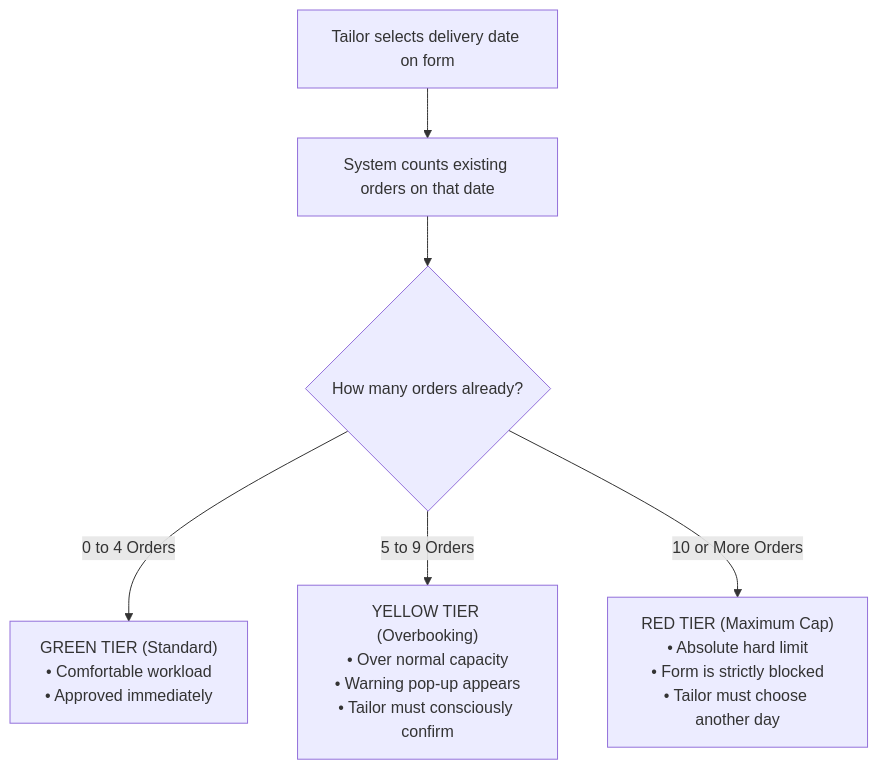
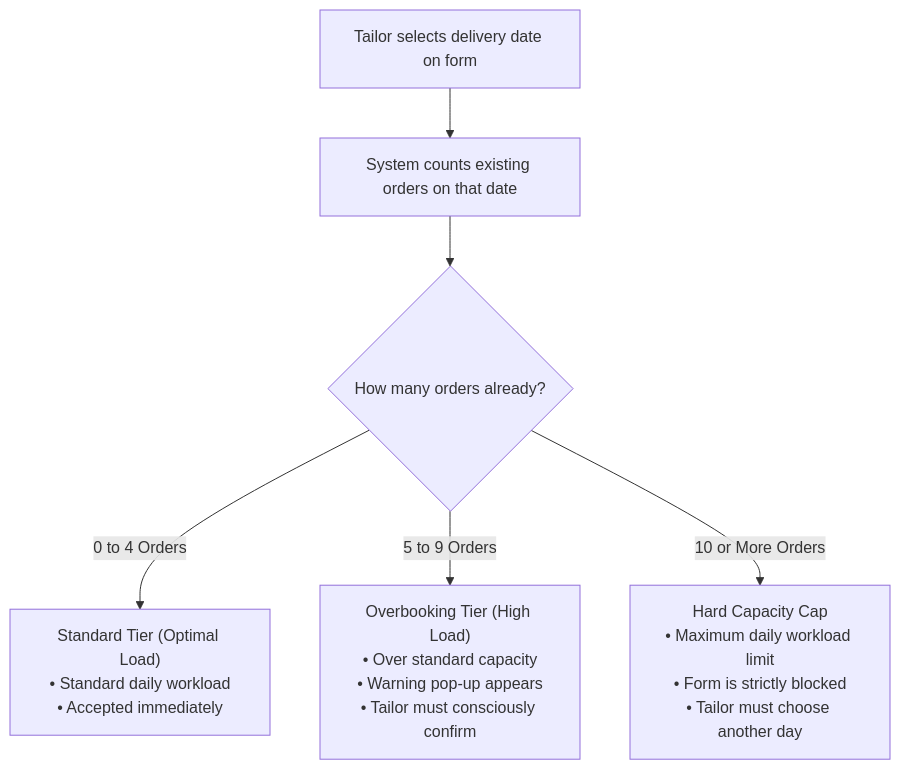
One commit to shubham-tankariya-01/geetanjali changed the second of 2 diagrams in docs/04-ORDER_LIFECYCLE_FINANCIALS_AND_CAPACITY_SCHEDULER.md. Above: the diagram before and after it, drawn with Mermaid. The commit also changed other lines of this file and 12 other files, not shown here.

````diff
--- a/docs/04-ORDER_LIFECYCLE_FINANCIALS_AND_CAPACITY_SCHEDULER.md
+++ b/docs/04-ORDER_LIFECYCLE_FINANCIALS_AND_CAPACITY_SCHEDULER.md
@@ -48,12 +48,12 @@
 ```mermaid
 graph TD
     PickDate["Tailor selects delivery date on form"] --> Check["System counts existing orders on that date"]
     
     Check --> TierEval{How many orders already?}
     
-    TierEval -- "0 to 4 Orders" --> Green["GREEN TIER (Standard)<br/>• Comfortable workload<br/>• Approved immediately"]
+    TierEval -- "0 to 4 Orders" --> Standard["Standard Tier (Optimal Load)<br/>• Standard daily workload<br/>• Accepted immediately"]
     
-    TierEval -- "5 to 9 Orders" --> Yellow["YELLOW TIER (Overbooking)<br/>• Over normal capacity<br/>• Warning pop-up appears<br/>• Tailor must consciously confirm"]
+    TierEval -- "5 to 9 Orders" --> Overbook["Overbooking Tier (High Load)<br/>• Over standard capacity<br/>• Warning pop-up appears<br/>• Tailor must consciously confirm"]
     
-    TierEval -- "10 or More Orders" --> Red["RED TIER (Maximum Cap)<br/>• Absolute hard limit<br/>• Form is strictly blocked<br/>• Tailor must choose another day"]
+    TierEval -- "10 or More Orders" --> HardCap["Hard Capacity Cap<br/>• Maximum daily workload limit<br/>• Form is strictly blocked<br/>• Tailor must choose another day"]
 ```
````
